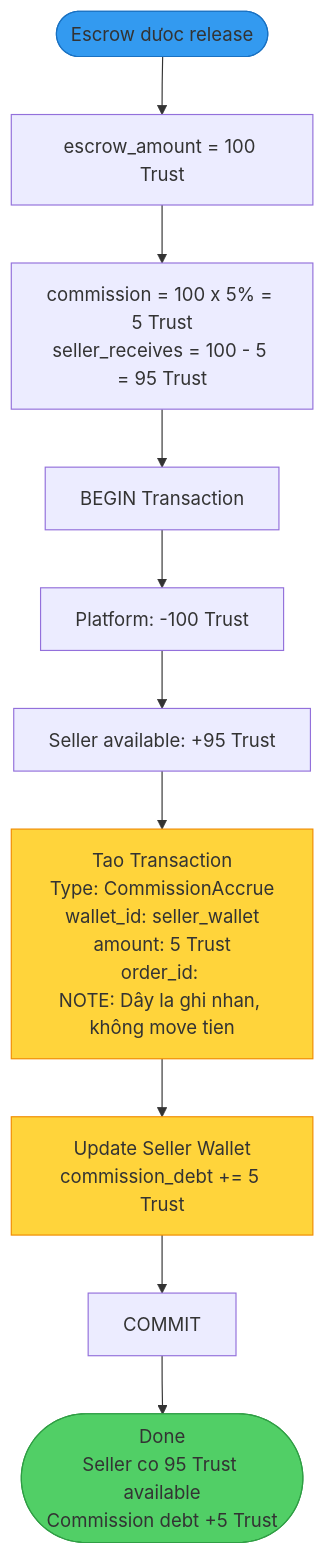
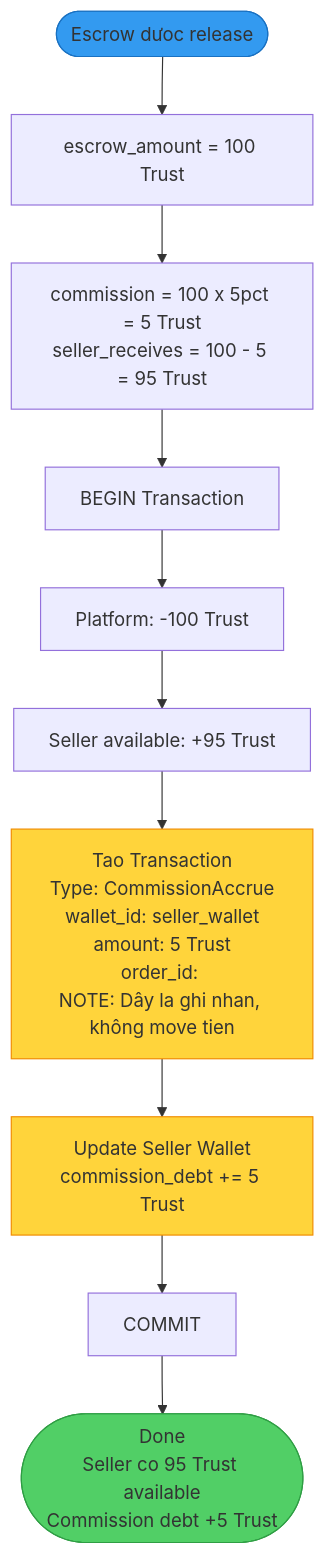
The tenth of 20 diagrams in mmo-api/docs/v2/05-wallet-v2-platform-wallet-flows.md (anhnguyen123312/ShopMMO), drawn with Mermaid before and after one commit. The commit also changed other lines of this file and 1 other file, not shown here.

First line of the commit message:
fix: replace percent sign with 'pct' in mermaid labels

````diff
--- a/mmo-api/docs/v2/05-wallet-v2-platform-wallet-flows.md
+++ b/mmo-api/docs/v2/05-wallet-v2-platform-wallet-flows.md
@@ -812,23 +812,23 @@
 ```mermaid
 flowchart TD
     Start([Escrow dưoc release])
 
     Start --> GetAmount[escrow_amount = 100 Trust]
-    GetAmount --> CalcCommission[commission = 100 x 5% = 5 Trust<br/>seller_receives = 100 - 5 = 95 Trust]
+    GetAmount --> CalcCommission[commission = 100 x 5pct = 5 Trust<br/>seller_receives = 100 - 5 = 95 Trust]
 
     CalcCommission --> BeginTx[ BEGIN Transaction]
     BeginTx --> DeductPlatform[Platform: -100 Trust]
     DeductPlatform --> CreditSeller[Seller available: +95 Trust]
 
     %% Commission Accrual
     CreditSeller --> CreateCommissionTx[Tao Transaction<br/>Type: CommissionAccrue<br/>wallet_id: seller_wallet<br/>amount: 5 Trust<br/>order_id: <order_id><br/>NOTE: Dây la ghi nhan, không move tien]
     CreateCommissionTx --> UpdateCommissionDebt[Update Seller Wallet<br/>commission_debt += 5 Trust]
 
     UpdateCommissionDebt --> CommitTx[ COMMIT]
     CommitTx --> End([Done<br/>Seller co 95 Trust available<br/>Commission debt +5 Trust])
 
     style Start fill:#339af0,stroke:#1971c2
     style End fill:#51cf66,stroke:#2f9e44
     style CreateCommissionTx fill:#ffd43b,stroke:#f08c00
     style UpdateCommissionDebt fill:#ffd43b,stroke:#f08c00
 ```
````
